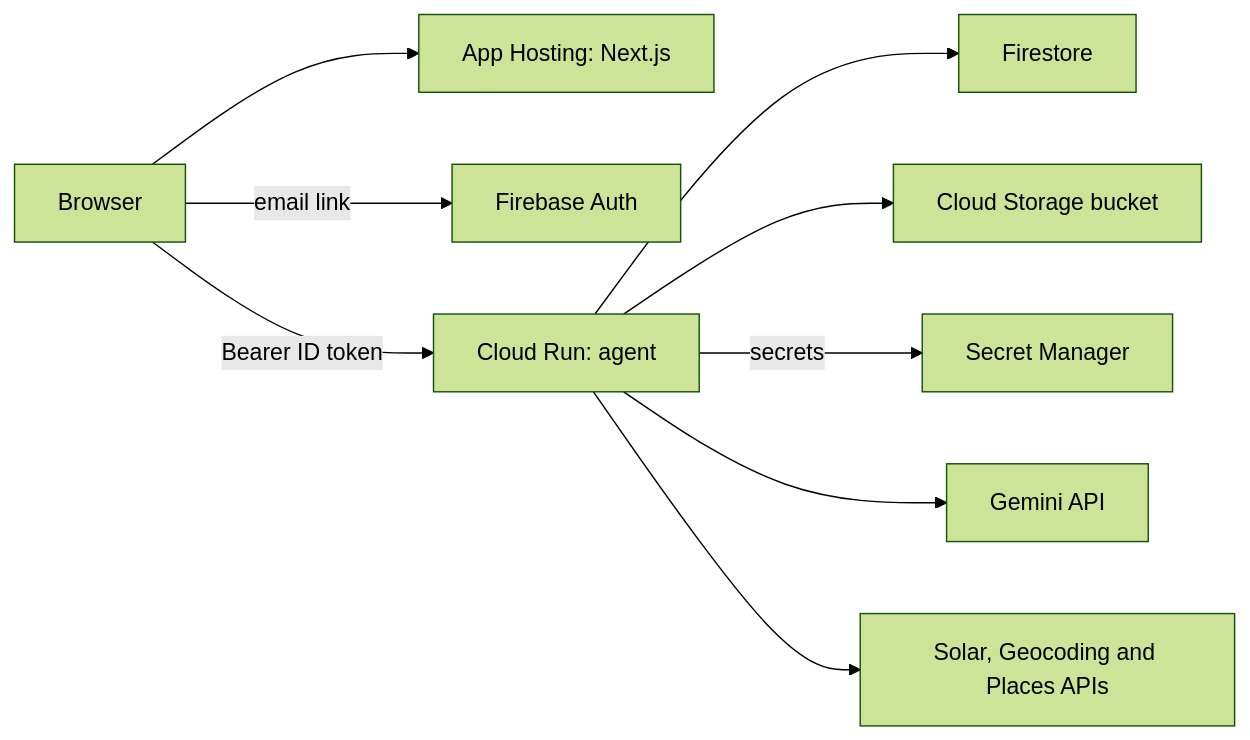
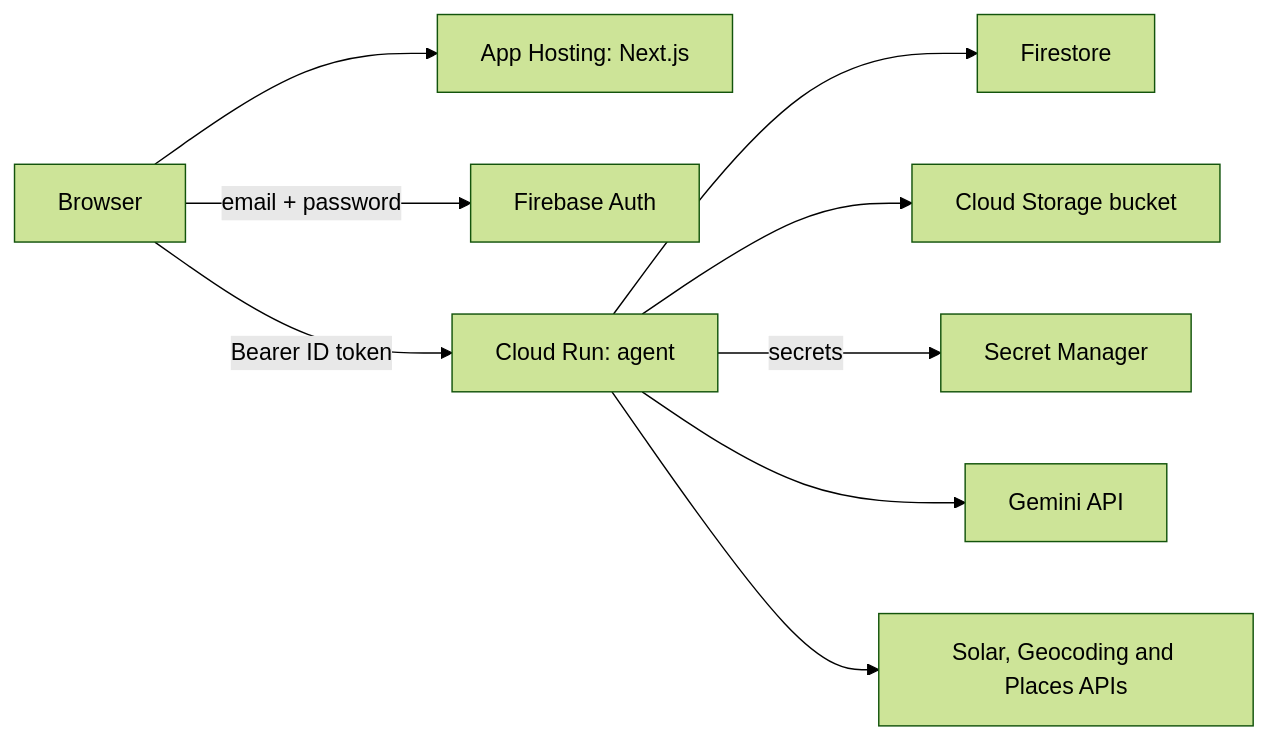
The second of 3 diagrams in TESTING.md (sidxh/carbon-accounting), drawn with Mermaid (forest theme) before and after one commit. The commit also changed other lines of this file and 12 other files, not shown here.

Commit message:
sign in with email and password: five evaluator accounts, no sign-up, seed script for local and prod

````diff
--- a/TESTING.md
+++ b/TESTING.md
@@ -561,11 +563,11 @@
 ```mermaid
 flowchart LR
     Browser["Browser"] --> Web["App Hosting: Next.js"]
-    Browser -->|"email link"| Auth["Firebase Auth"]
+    Browser -->|"email + password"| Auth["Firebase Auth"]
     Browser -->|"Bearer ID token"| Agent["Cloud Run: agent"]
     Agent --> Fs["Firestore"]
     Agent --> Gcs["Cloud Storage bucket"]
     Agent -->|"secrets"| Sm["Secret Manager"]
     Agent --> Gem["Gemini API"]
     Agent --> Solar["Solar, Geocoding and Places APIs"]
 ```
````
